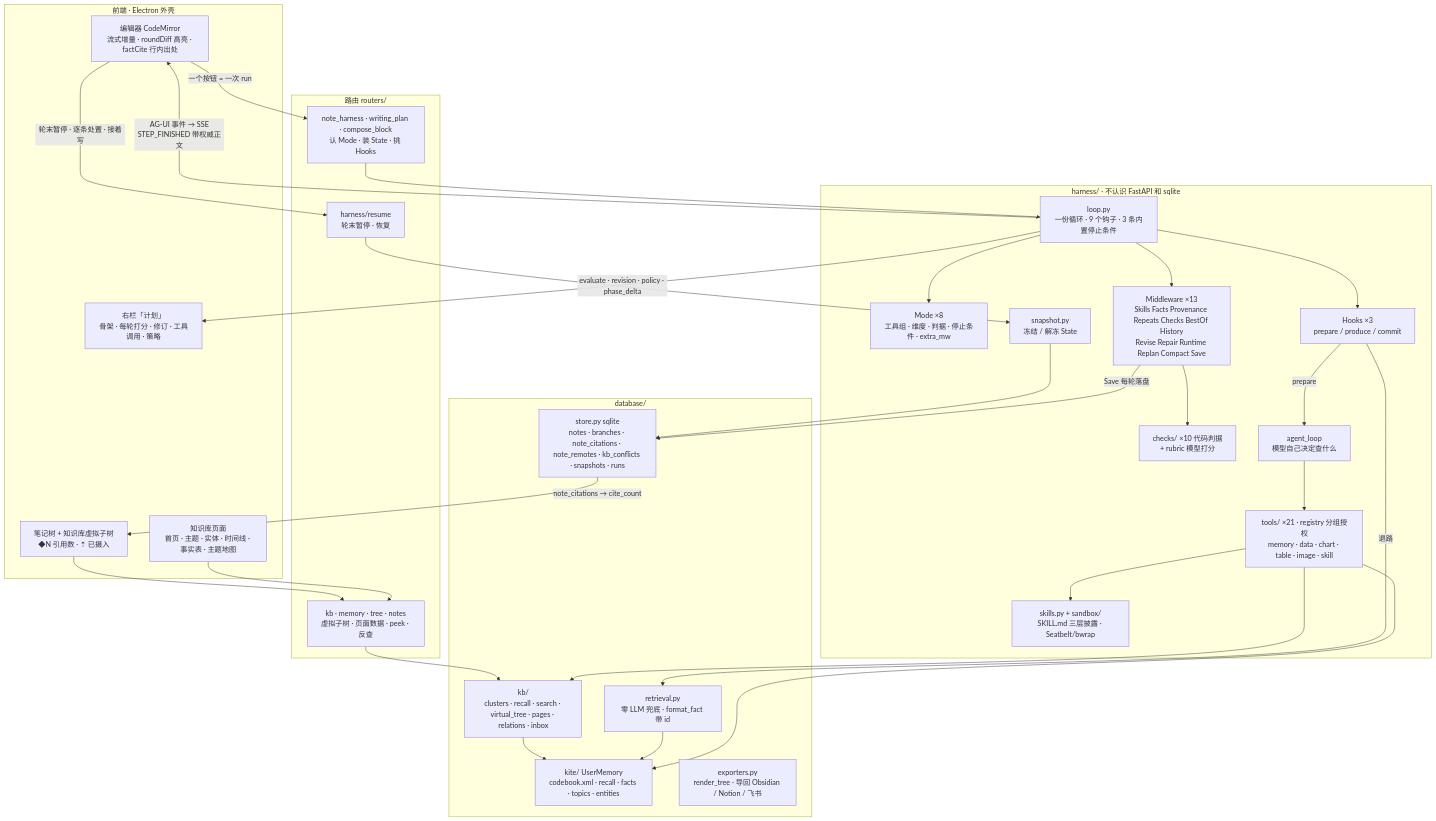
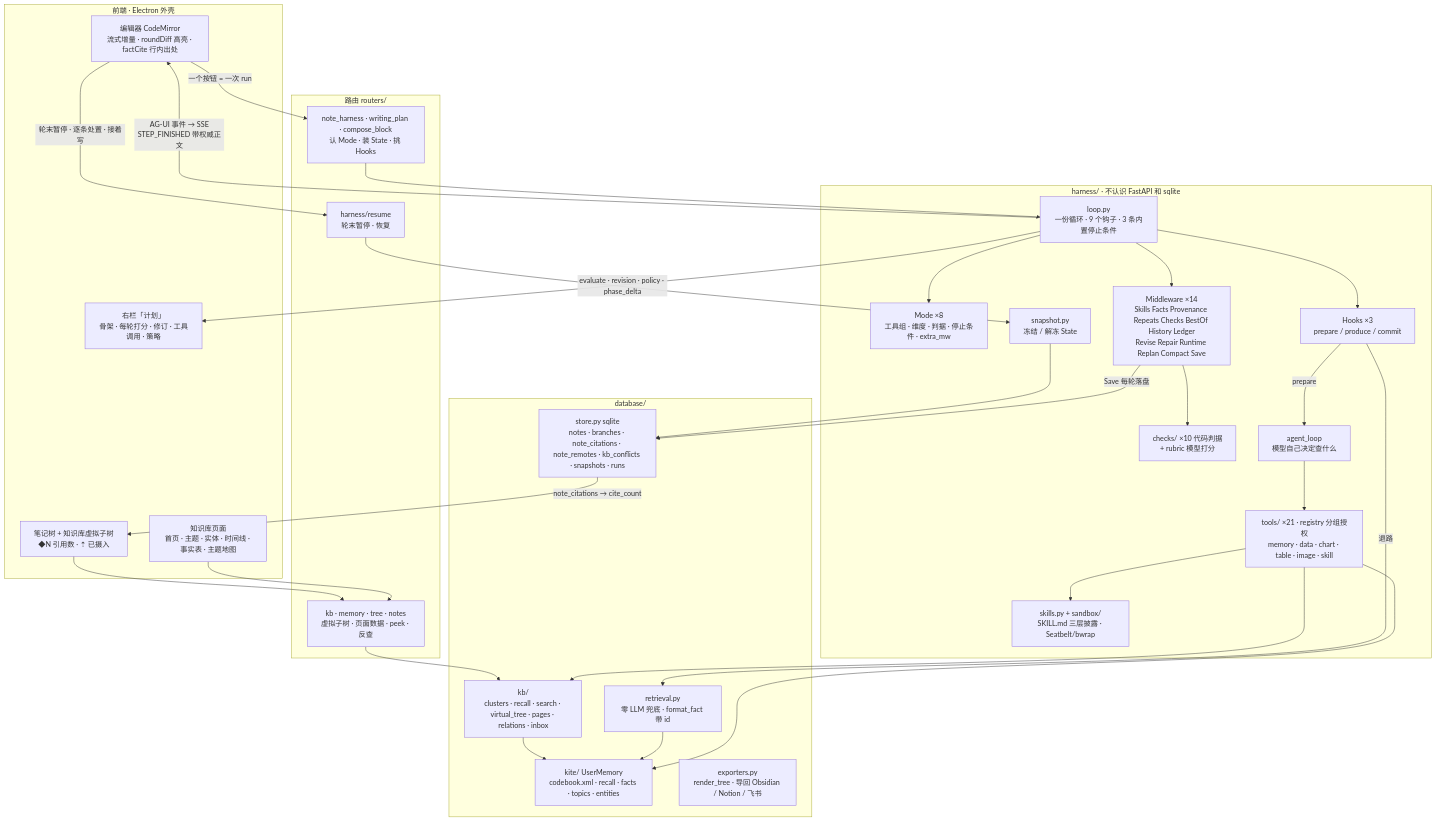
Before and after one commit to huilongbaba/MEMOKET_NOTE: the diagram in docs/harness-framework.md, drawn with Mermaid. The commit also changed other lines of this file and 16 other files, not shown here.

````diff
--- a/docs/harness-framework.md
+++ b/docs/harness-framework.md
@@ -41,60 +41,60 @@
 ```mermaid
 flowchart TB
   subgraph UI["前端 · Electron 外壳"]
     ED["编辑器 CodeMirror<br/>流式增量 · roundDiff 高亮 · factCite 行内出处"]
     PLAN["右栏「计划」<br/>骨架 · 每轮打分 · 修订 · 工具调用 · 策略"]
     TREE["笔记树 + 知识库虚拟子树<br/>◆N 引用数 · ⇡ 已摄入"]
     KBP["知识库页面<br/>首页 · 主题 · 实体 · 时间线 · 事实表 · 主题地图"]
   end
 
   subgraph API["路由 routers/"]
     NH["note_harness · writing_plan · compose_block<br/>认 Mode · 装 State · 挑 Hooks"]
     RS["harness/resume<br/>轮末暂停 · 恢复"]
     KBR["kb · memory · tree · notes<br/>虚拟子树 · 页面数据 · peek · 反查"]
   end
 
   subgraph H["harness/ · 不认识 FastAPI 和 sqlite"]
     LOOP["loop.py<br/>一份循环 · 9 个钩子 · 3 条内置停止条件"]
     MODE["Mode ×8<br/>工具组 · 维度 · 判据 · 停止条件 · extra_mw"]
     HOOKS["Hooks ×3<br/>prepare / produce / commit"]
-    MW["Middleware ×13<br/>Skills Facts Provenance Repeats Checks BestOf History<br/>Revise Repair Runtime Replan Compact Save"]
+    MW["Middleware ×14<br/>Skills Facts Provenance Repeats Checks BestOf History Ledger<br/>Revise Repair Runtime Replan Compact Save"]
     CHK["checks/ ×10 代码判据<br/>+ rubric 模型打分"]
     TOOLS["tools/ ×21 · registry 分组授权<br/>memory · data · chart · table · image · skill"]
     AL["agent_loop<br/>模型自己决定查什么"]
     SK["skills.py + sandbox/<br/>SKILL.md 三层披露 · Seatbelt/bwrap"]
     SNAP["snapshot.py<br/>冻结 / 解冻 State"]
   end
 
   subgraph DB["database/"]
     STORE["store.py sqlite<br/>notes · branches · note_citations · note_remotes · kb_conflicts · snapshots · runs"]
     KITE["kite/ UserMemory<br/>codebook.xml · recall · facts · topics · entities"]
     KB["kb/<br/>clusters · recall · search · virtual_tree · pages · relations · inbox"]
     EXP["exporters.py<br/>render_tree · 导回 Obsidian / Notion / 飞书"]
     RET["retrieval.py<br/>零 LLM 兜底 · format_fact 带 id"]
   end
 
   ED -- "一个按钮 = 一次 run" --> NH
   NH --> LOOP
   LOOP --> MODE
   LOOP --> HOOKS
   LOOP --> MW
   MW --> CHK
   HOOKS -- prepare --> AL
   AL --> TOOLS
   TOOLS --> KITE
   TOOLS --> KB
   TOOLS --> SK
   HOOKS -- 退路 --> RET
   RET --> KITE
   MW -- Save 每轮落盘 --> STORE
   SNAP --> STORE
   RS --> SNAP
   LOOP -- "AG-UI 事件 → SSE<br/>STEP_FINISHED 带权威正文" --> ED
   LOOP -- "evaluate · revision · policy · phase_delta" --> PLAN
   STORE -- "note_citations → cite_count" --> TREE
   KBR --> KB
   KB --> KITE
   KBP --> KBR
   TREE --> KBR
   ED -- "轮末暂停 · 逐条处置 · 接着写" --> RS
 ```
````
